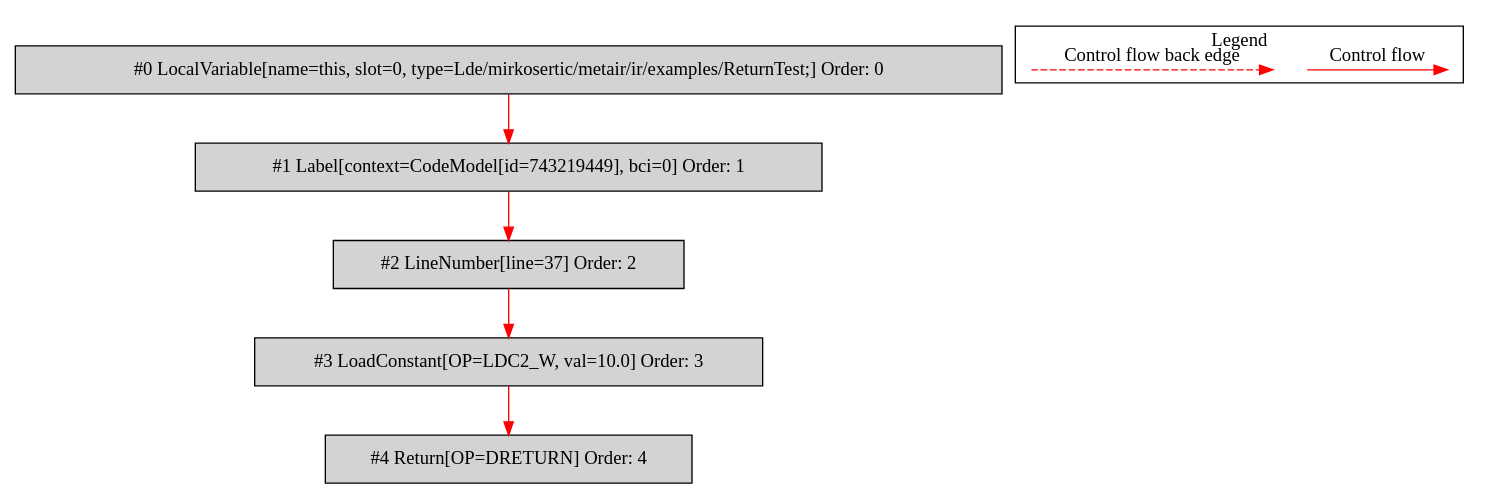
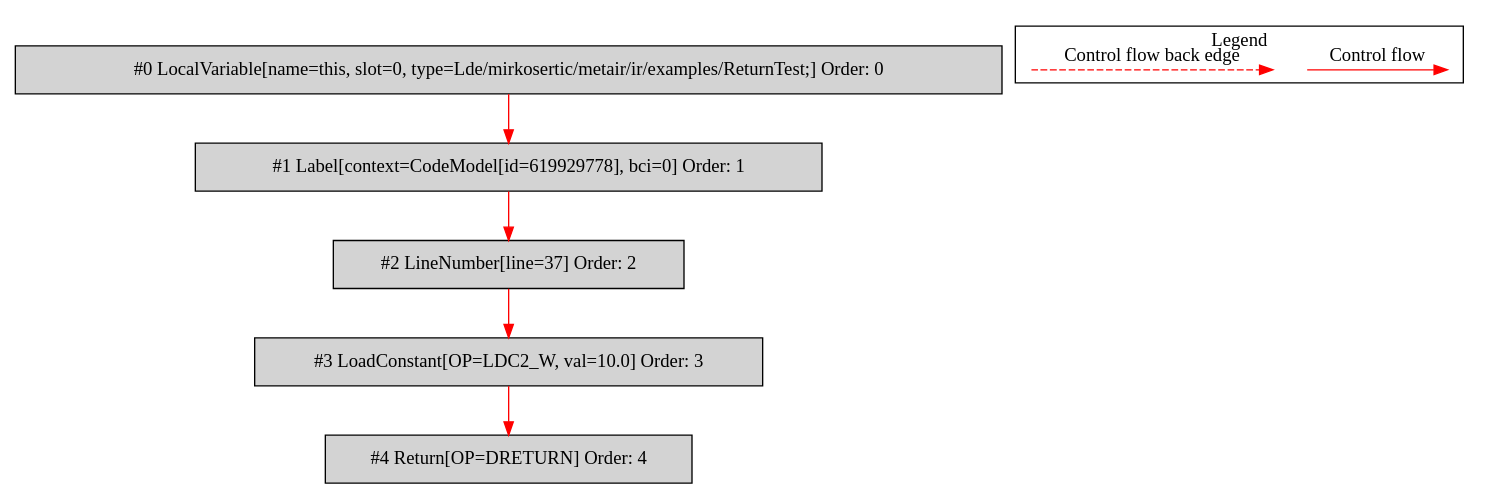
One commit to mirkosertic/MetaIR changed the diagram in de.mirkosertic.metair.ir.examples.ReturnTest/returnDouble/bytecodecfg.dot. Above: the diagram before and after it, drawn with Graphviz. The commit also changed 27 other files, not shown here.

```diff
--- a/de.mirkosertic.metair.ir.examples.ReturnTest/returnDouble/bytecodecfg.dot
+++ b/de.mirkosertic.metair.ir.examples.ReturnTest/returnDouble/bytecodecfg.dot
@@ -1,25 +1,25 @@
 digraph {
  node0[label="#0 LocalVariable[name=this, slot=0, type=Lde/mirkosertic/metair/ir/examples/ReturnTest;] Order: 0", shape=box, fillcolor=lightgrey, style=filled];
- node1[label="#1 Label[context=CodeModel[id=743219449], bci=0] Order: 1", shape=box, fillcolor=lightgrey, style=filled];
+ node1[label="#1 Label[context=CodeModel[id=619929778], bci=0] Order: 1", shape=box, fillcolor=lightgrey, style=filled];
  node2[label="#2 LineNumber[line=37] Order: 2", shape=box, fillcolor=lightgrey, style=filled];
  node3[label="#3 LoadConstant[OP=LDC2_W, val=10.0] Order: 3", shape=box, fillcolor=lightgrey, style=filled];
  node4[label="#4 Return[OP=DRETURN] Order: 4", shape=box, fillcolor=lightgrey, style=filled];
  node0 -> node1[color=red];
  node1 -> node2[color=red];
  node2 -> node3[color=red];
  node3 -> node4[color=red];
  subgraph cluster_000 {
   label = "Legend";
   node [shape=point]
   {
    rank=same;
    c0 [style = invis];
    c1 [style = invis];
    c2 [style = invis];
    c3 [style = invis];
   }
   c0 -> c1 [label="Control flow", style=solid, color=red]
   c2 -> c3 [label="Control flow back edge", style=dashed, color=red]
  }
 
 }
```
